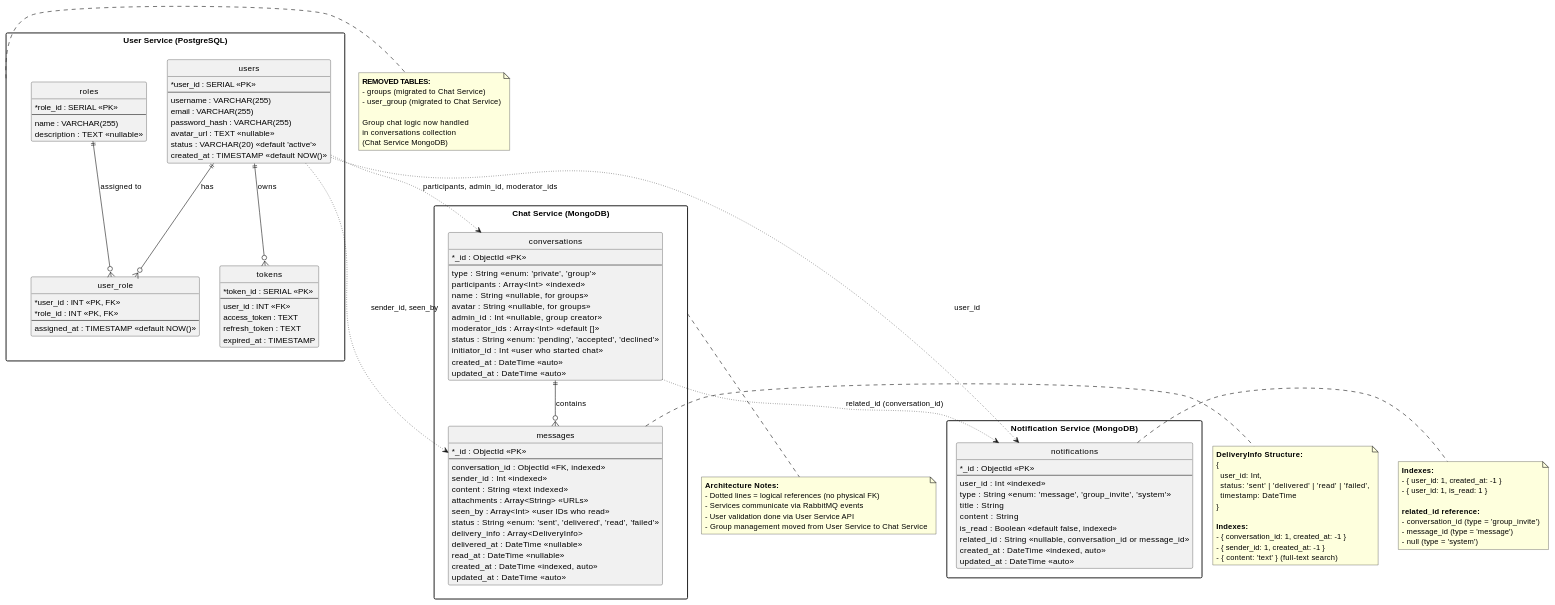
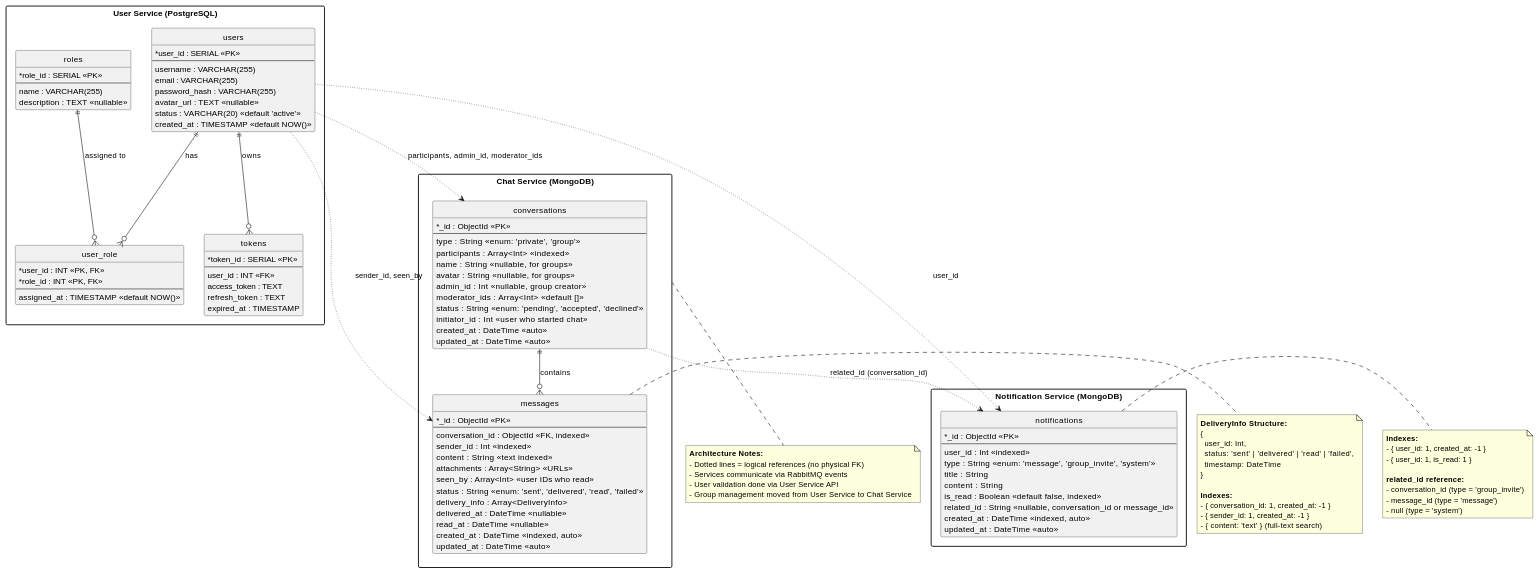
Before and after one commit to vntam/chat-realtime: the diagram in chat-backend/Database.md, drawn with PlantUML. The commit also changed 1 other file, not shown here.

Commit message:
Update databbase

```diff
--- a/chat-backend/Database.md
+++ b/chat-backend/Database.md
@@ -52,16 +52,6 @@
   users ||--o{ user_role : "has"
   roles ||--o{ user_role : "assigned to"
 }
-
-note right of UserService
-  **REMOVED TABLES:**
-  - groups (migrated to Chat Service)
-  - user_group (migrated to Chat Service)
-  
-  Group chat logic now handled
-  in conversations collection
-  (Chat Service MongoDB)
-end note
 
 ' ==========================
 ' CHAT SERVICE - MongoDB
```
